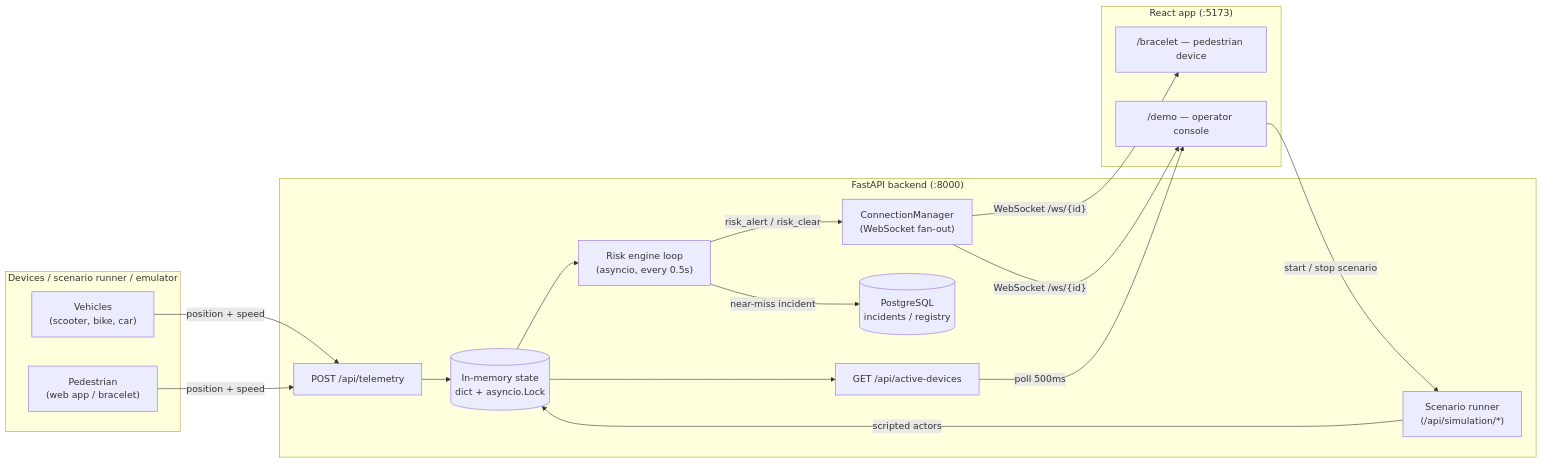
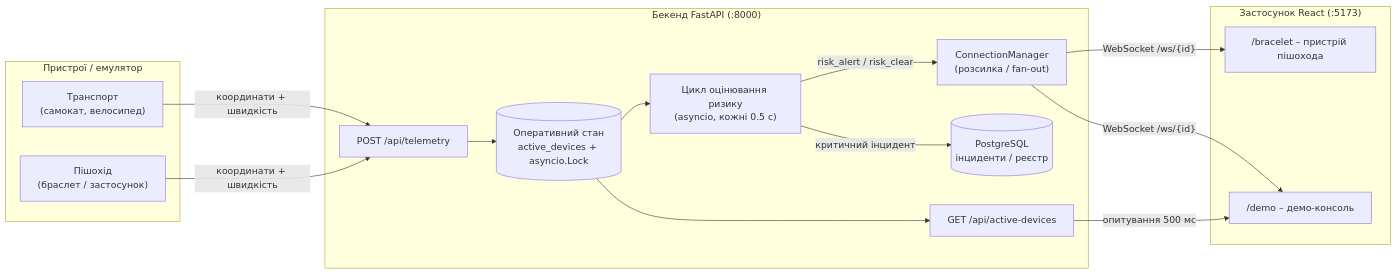
One commit to SonikLvl/hackathon_future_in_action_2026 changed the first of 3 diagrams in docs/ARCHITECTURE.md. Above: the diagram before and after it, drawn with Mermaid. The commit also changed other lines of this file and 2 other files, not shown here.

````diff
--- a/docs/ARCHITECTURE.md
+++ b/docs/ARCHITECTURE.md
@@ -15,35 +11,32 @@
 ```mermaid
 flowchart LR
-    subgraph Sources["Devices / scenario runner / emulator"]
-        V["Vehicles<br/>(scooter, bike, car)"]
-        P["Pedestrian<br/>(web app / bracelet)"]
+    subgraph Sources["Пристрої / емулятор"]
+        V["Транспорт<br/>(самокат, велосипед)"]
+        P["Пішохід<br/>(браслет / застосунок)"]
     end
 
-    subgraph Backend["FastAPI backend (:8000)"]
+    subgraph Backend["Бекенд FastAPI (:8000)"]
         API["POST /api/telemetry"]
-        SIM["Scenario runner<br/>(/api/simulation/*)"]
-        STATE[("In-memory state<br/>dict + asyncio.Lock")]
-        RE["Risk engine loop<br/>(asyncio, every 0.5s)"]
-        CM["ConnectionManager<br/>(WebSocket fan-out)"]
+        STATE[("Оперативний стан<br/>active_devices + asyncio.Lock")]
+        RE["Цикл оцінювання ризику<br/>(asyncio, кожні 0.5 с)"]
+        CM["ConnectionManager<br/>(розсилка / fan-out)"]
         SNAP["GET /api/active-devices"]
-        DB[("PostgreSQL<br/>incidents / registry")]
+        DB[("PostgreSQL<br/>інциденти / реєстр")]
     end
 
-    subgraph Frontend["React app (:5173)"]
-        CONSOLE["/demo — operator console"]
-        BRACELET["/bracelet — pedestrian device"]
+    subgraph Frontend["Застосунок React (:5173)"]
+        CONSOLE["/demo – демо-консоль"]
+        BRACELET["/bracelet – пристрій пішохода"]
     end
 
-    V -- "position + speed" --> API
-    P -- "position + speed" --> API
+    V -- "координати + швидкість" --> API
+    P -- "координати + швидкість" --> API
     API --> STATE
-    SIM -- "scripted actors" --> STATE
-    CONSOLE -- "start / stop scenario" --> SIM
     STATE --> RE
     RE -- "risk_alert / risk_clear" --> CM
-    RE -- "near-miss incident" --> DB
+    RE -- "критичний інцидент" --> DB
     CM -- "WebSocket /ws/{id}" --> BRACELET
     CM -- "WebSocket /ws/{id}" --> CONSOLE
     STATE --> SNAP
-    SNAP -- "poll 500ms" --> CONSOLE
+    SNAP -- "опитування 500 мс" --> CONSOLE
 ```
````
